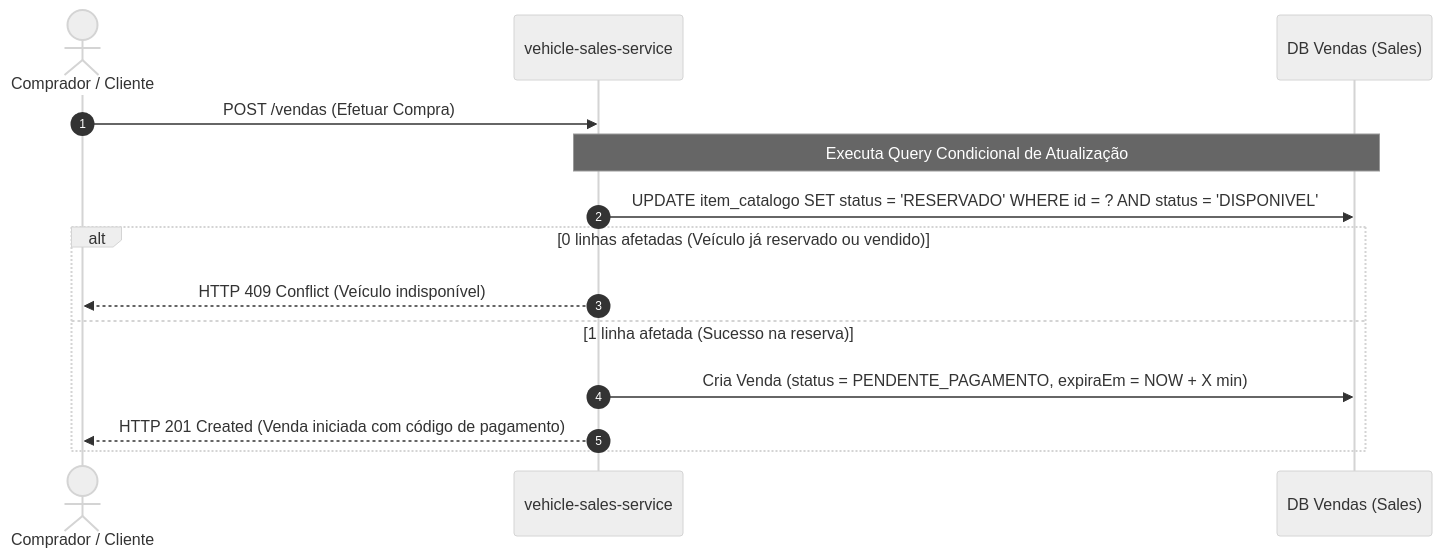
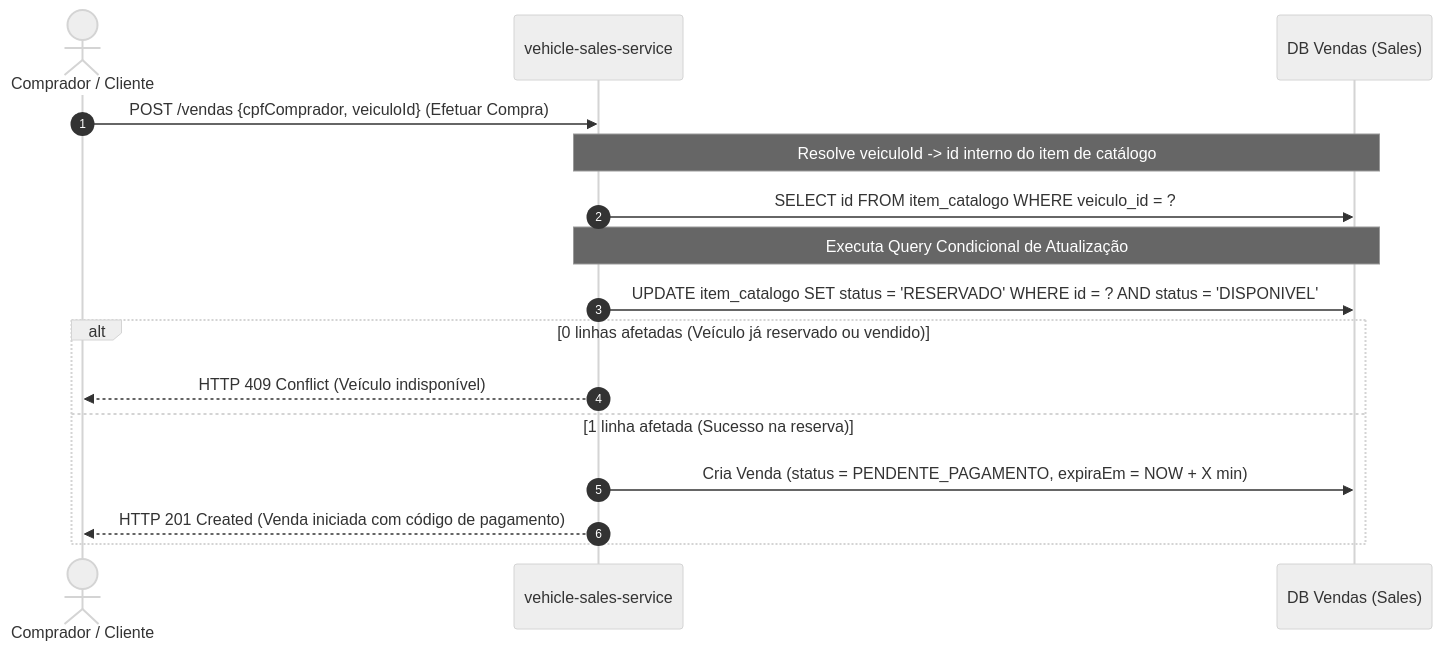
One commit to isaahs/catalogo-veiculo-service changed the fourth of 6 diagrams in README.md. Above: the diagram before and after it, drawn with Mermaid (neutral theme). The commit also changed other lines of this file, not shown here.

````diff
--- a/README.md
+++ b/README.md
@@ -389,18 +393,20 @@
 ```mermaid
 sequenceDiagram
     autonumber
     actor Buyer as Comprador / Cliente
     participant Sales as vehicle-sales-service
     participant DB_Sales as DB Vendas (Sales)
 
-    Buyer->>Sales: POST /vendas (Efetuar Compra)
+    Buyer->>Sales: POST /vendas {cpfComprador, veiculoId} (Efetuar Compra)
+    Note over Sales, DB_Sales: Resolve veiculoId -> id interno do item de catálogo
+    Sales->>DB_Sales: SELECT id FROM item_catalogo WHERE veiculo_id = ?
     Note over Sales, DB_Sales: Executa Query Condicional de Atualização
     Sales->>DB_Sales: UPDATE item_catalogo SET status = 'RESERVADO' WHERE id = ? AND status = 'DISPONIVEL'
     
     alt 0 linhas afetadas (Veículo já reservado ou vendido)
         Sales-->>Buyer: HTTP 409 Conflict (Veículo indisponível)
     else 1 linha afetada (Sucesso na reserva)
         Sales->>DB_Sales: Cria Venda (status = PENDENTE_PAGAMENTO, expiraEm = NOW + X min)
         Sales-->>Buyer: HTTP 201 Created (Venda iniciada com código de pagamento)
     end
 ```
````
